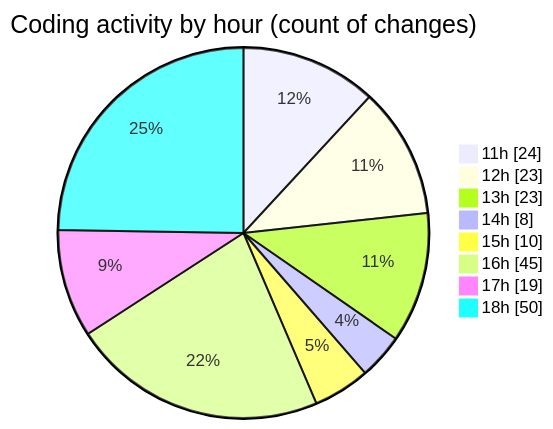
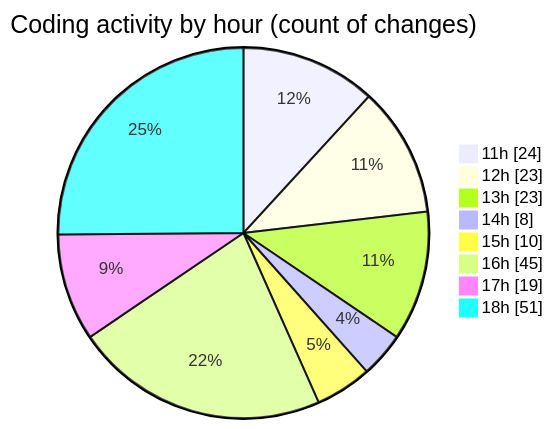
The second of 2 diagrams in 2025-09-18/nxtqube_webapp/README.md (nxtqubesakshisongat/code-tracking), drawn with Mermaid before and after one commit. The commit also changed other lines of this file and 1 other file, not shown here.

````diff
--- a/2025-09-18/nxtqube_webapp/README.md
+++ b/2025-09-18/nxtqube_webapp/README.md
@@ -52,12 +53,12 @@
 ```mermaid
 pie showData
 title Coding activity by hour (count of changes)
 "11h" : 24
 "12h" : 23
 "13h" : 23
 "14h" : 8
 "15h" : 10
 "16h" : 45
 "17h" : 19
-"18h" : 50
+"18h" : 51
 ```
````
